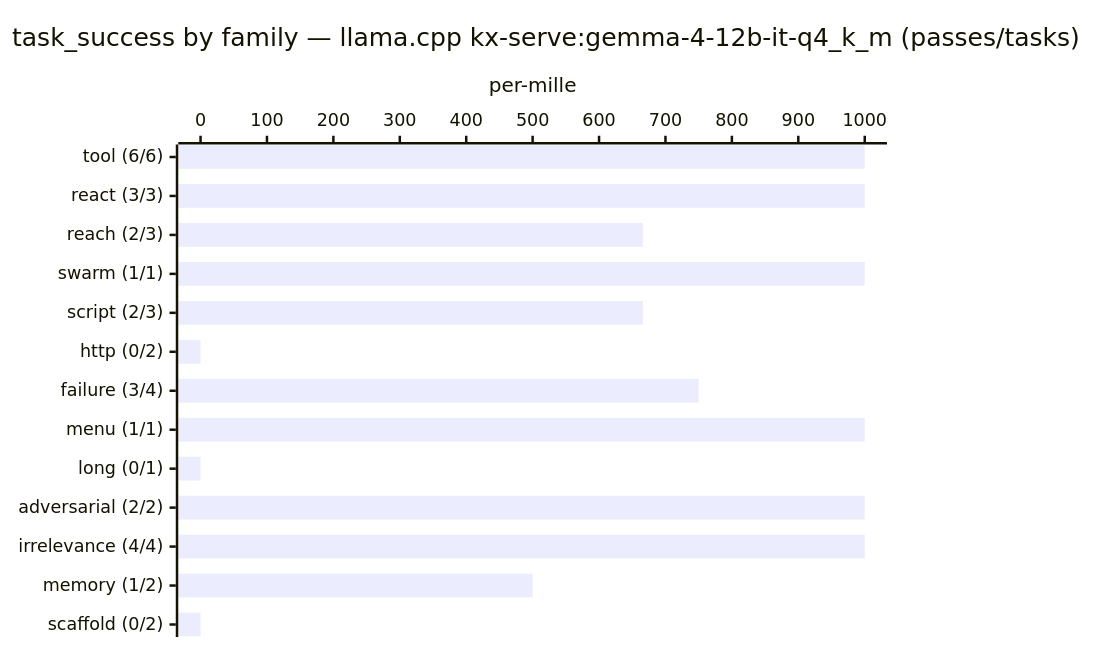
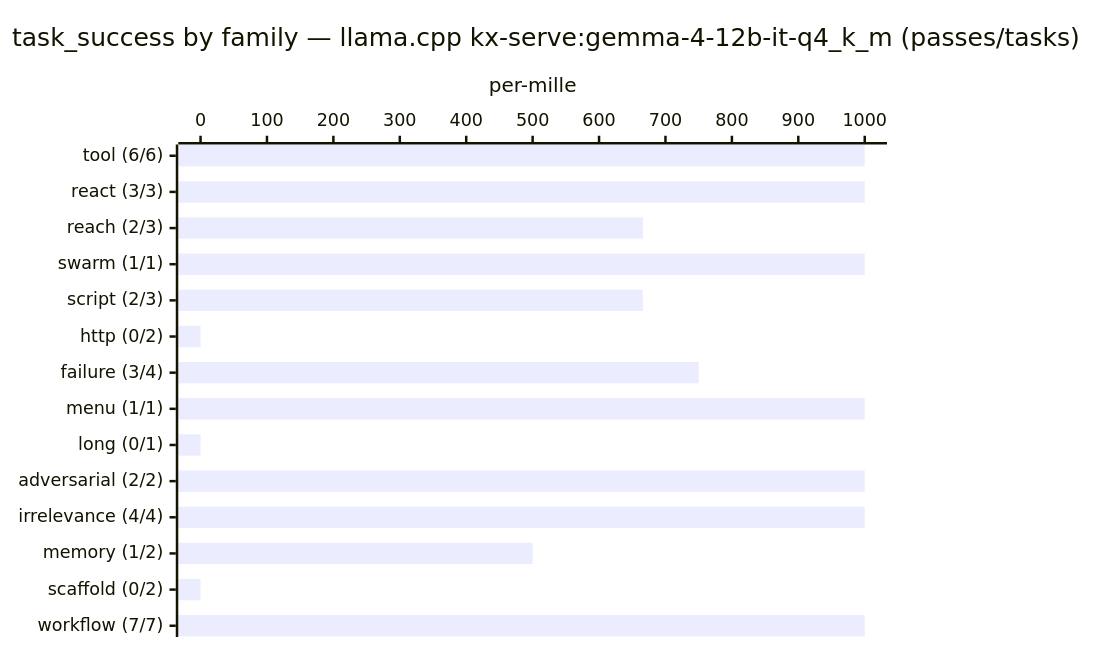
One commit to Kortecx/kortecx changed the second of 2 diagrams in README.md. Above: the diagram before and after it, drawn with Mermaid. The commit also changed other lines of this file and 91 other files, not shown here.

````diff
--- a/README.md
+++ b/README.md
@@ -317,7 +318,7 @@
 ```mermaid
 xychart-beta horizontal
     title "task_success by family — llama.cpp kx-serve:gemma-4-12b-it-q4_k_m (passes/tasks)"
-    x-axis ["tool (6/6)", "react (3/3)", "reach (2/3)", "swarm (1/1)", "script (2/3)", "http (0/2)", "failure (3/4)", "menu (1/1)", "long (0/1)", "adversarial (2/2)", "irrelevance (4/4)", "memory (1/2)", "scaffold (0/2)"]
+    x-axis ["tool (6/6)", "react (3/3)", "reach (2/3)", "swarm (1/1)", "script (2/3)", "http (0/2)", "failure (3/4)", "menu (1/1)", "long (0/1)", "adversarial (2/2)", "irrelevance (4/4)", "memory (1/2)", "scaffold (0/2)", "workflow (7/7)"]
     y-axis "per-mille" 0 --> 1000
-    bar [1000, 1000, 666, 1000, 666, 0, 750, 1000, 0, 1000, 1000, 500, 0]
+    bar [1000, 1000, 666, 1000, 666, 0, 750, 1000, 0, 1000, 1000, 500, 0, 1000]
 ```
````
